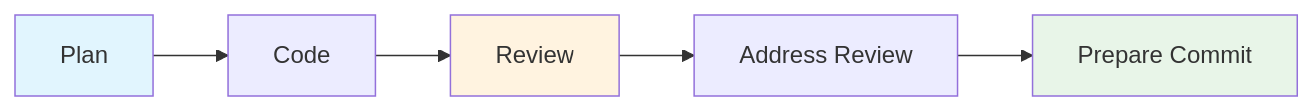
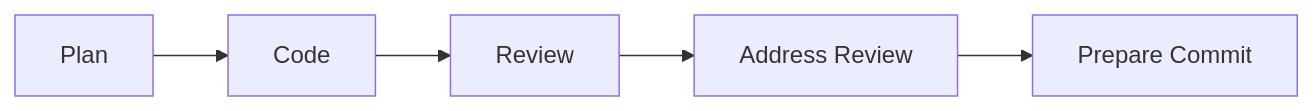
Before and after one commit to devplaninc/docs: the second of 2 diagrams in docs/cloud-run/index.md, drawn with Mermaid. The commit also changed other lines of this file, not shown here.

Commit message:
Update index.md (#14)

````diff
--- a/docs/cloud-run/index.md
+++ b/docs/cloud-run/index.md
@@ -29,8 +36,4 @@
 ```mermaid
 graph LR
     A[Plan] --> B[Code] --> C[Review] --> D[Address Review] --> E[Prepare Commit]
-
-    style A fill:#e1f5fe
-    style C fill:#fff3e0
-    style E fill:#e8f5e8
 ```
````
